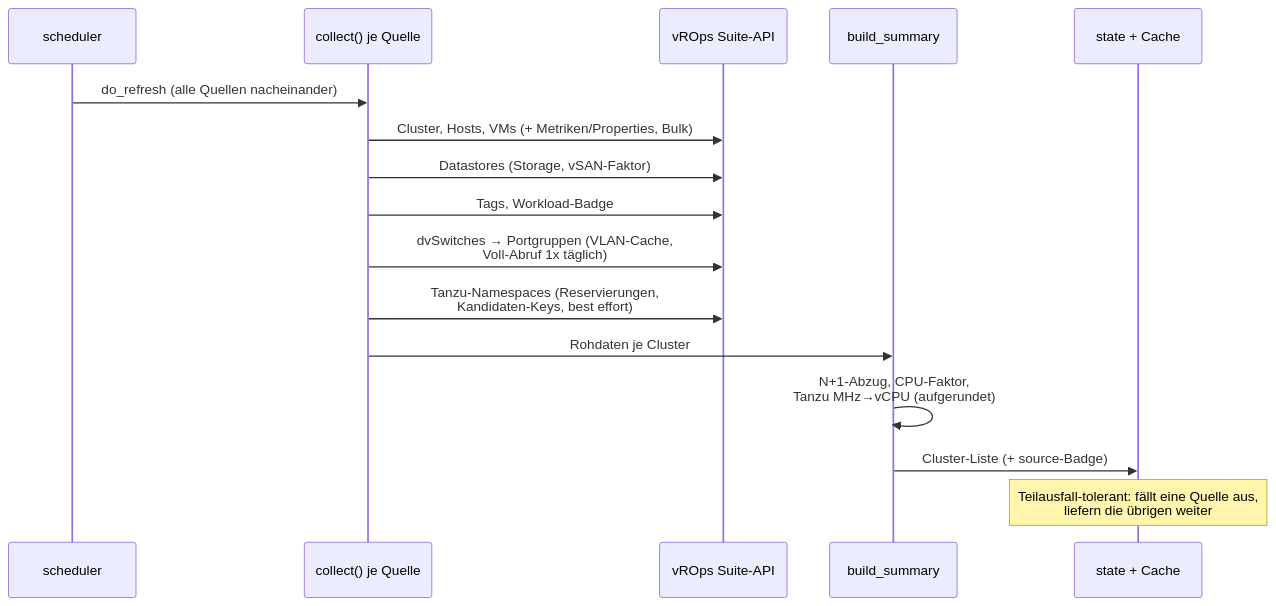
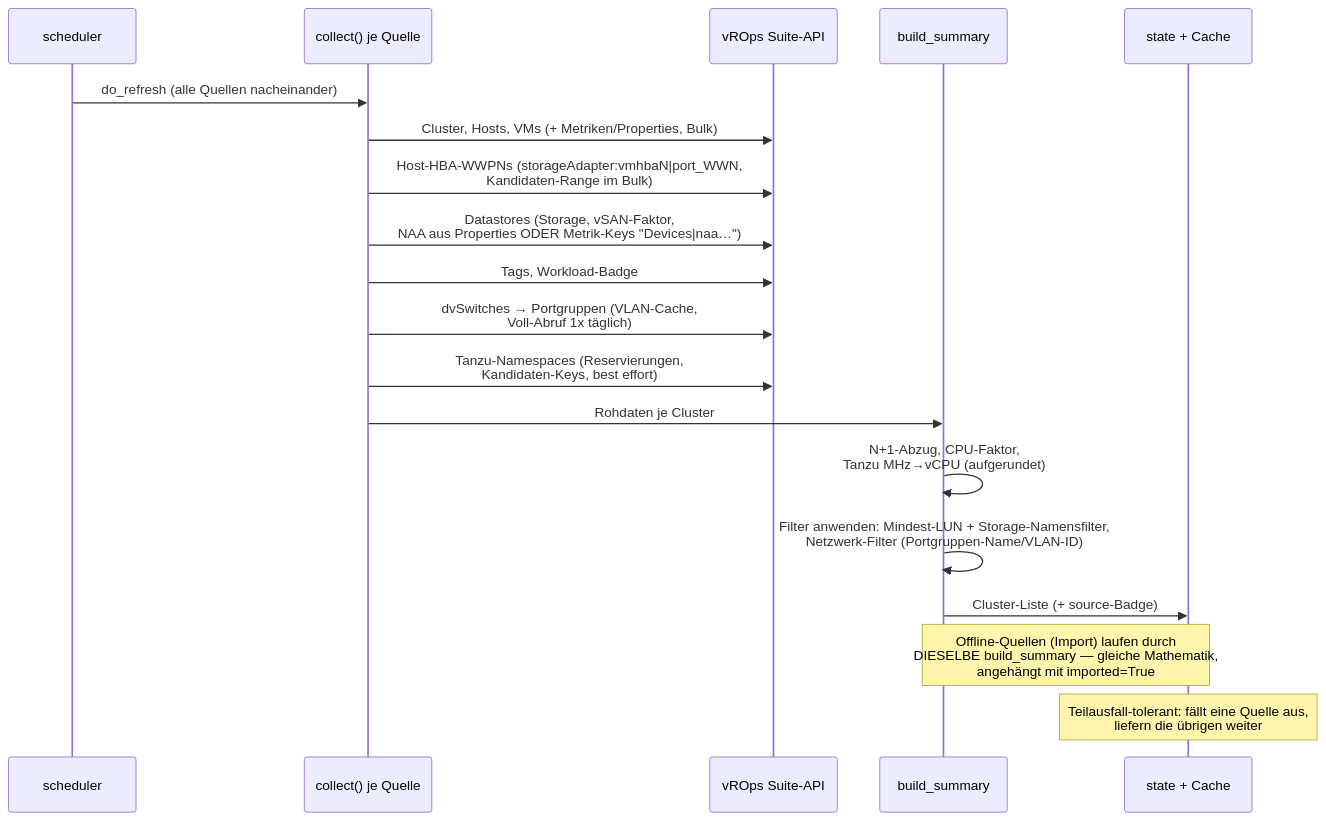
Before and after one commit to marcobockelbrink/vmware: the third of 6 diagrams in docs/ARCHITEKTUR.md, drawn with Mermaid. The commit also changed other lines of this file and 1 other file, not shown here.

````diff
--- a/docs/ARCHITEKTUR.md
+++ b/docs/ARCHITEKTUR.md
@@ -97,19 +99,22 @@
 ```mermaid
 sequenceDiagram
     participant S as scheduler
     participant C as collect() je Quelle
     participant V as vROps Suite-API
     participant B as build_summary
     participant ST as state + Cache
 
     S->>C: do_refresh (alle Quellen nacheinander)
     C->>V: Cluster, Hosts, VMs (+ Metriken/Properties, Bulk)
-    C->>V: Datastores (Storage, vSAN-Faktor)
+    C->>V: Host-HBA-WWPNs (storageAdapter:vmhbaN|port_WWN,<br/>Kandidaten-Range im Bulk)
+    C->>V: Datastores (Storage, vSAN-Faktor,<br/>NAA aus Properties ODER Metrik-Keys "Devices|naa…")
     C->>V: Tags, Workload-Badge
     C->>V: dvSwitches → Portgruppen (VLAN-Cache,<br/>Voll-Abruf 1x täglich)
     C->>V: Tanzu-Namespaces (Reservierungen,<br/>Kandidaten-Keys, best effort)
     C->>B: Rohdaten je Cluster
     B->>B: N+1-Abzug, CPU-Faktor,<br/>Tanzu MHz→vCPU (aufgerundet)
+    B->>B: Filter anwenden: Mindest-LUN + Storage-Namensfilter,<br/>Netzwerk-Filter (Portgruppen-Name/VLAN-ID)
     B->>ST: Cluster-Liste (+ source-Badge)
+    Note over B,ST: Offline-Quellen (Import) laufen durch<br/>DIESELBE build_summary — gleiche Mathematik,<br/>angehängt mit imported=True
     Note over ST: Teilausfall-tolerant: fällt eine Quelle aus,<br/>liefern die übrigen weiter
 ```
````
